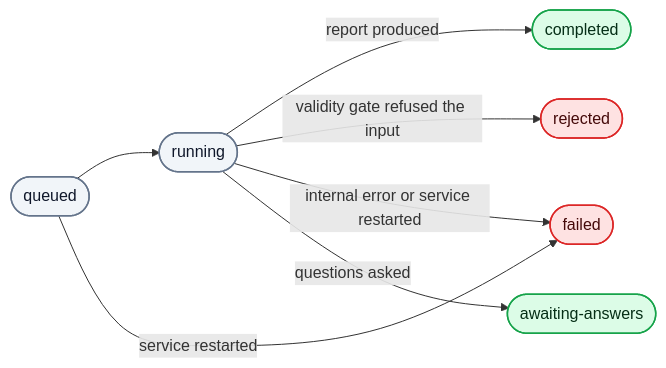
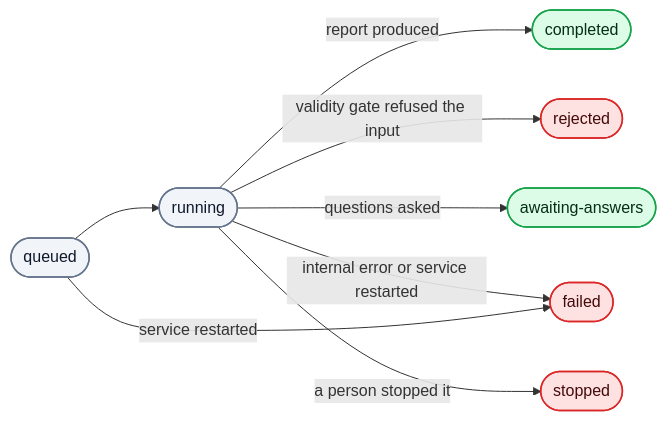
The diagram in docs/HTTP-API.md (mstarks01/work-agent), drawn with Mermaid before and after one commit. The commit also changed other lines of this file and 11 other files, not shown here.

First line of the commit message:
Let a person stop a running analysis (ADR 0109)

````diff
--- a/docs/HTTP-API.md
+++ b/docs/HTTP-API.md
@@ -154,16 +154,17 @@
 ```mermaid
 flowchart LR
     queued([queued]) --> running([running])
     queued -- service restarted --> failed
     running -- report produced --> completed([completed])
     running -- validity gate refused the input --> rejected([rejected])
     running -- internal error or service restarted --> failed([failed])
     running -- questions asked --> awaiting([awaiting-answers])
+    running -- a person stopped it --> stopped([stopped])
 
     classDef live fill:#f1f5f9,stroke:#64748b,stroke-width:1.5px,color:#0f172a
     classDef good fill:#dcfce7,stroke:#16a34a,stroke-width:1.5px,color:#052e16
     classDef bad fill:#fee2e2,stroke:#dc2626,stroke-width:1.5px,color:#450a0a
     class queued,running live
     class completed,awaiting good
-    class rejected,failed bad
+    class rejected,failed,stopped bad
 ```
````
